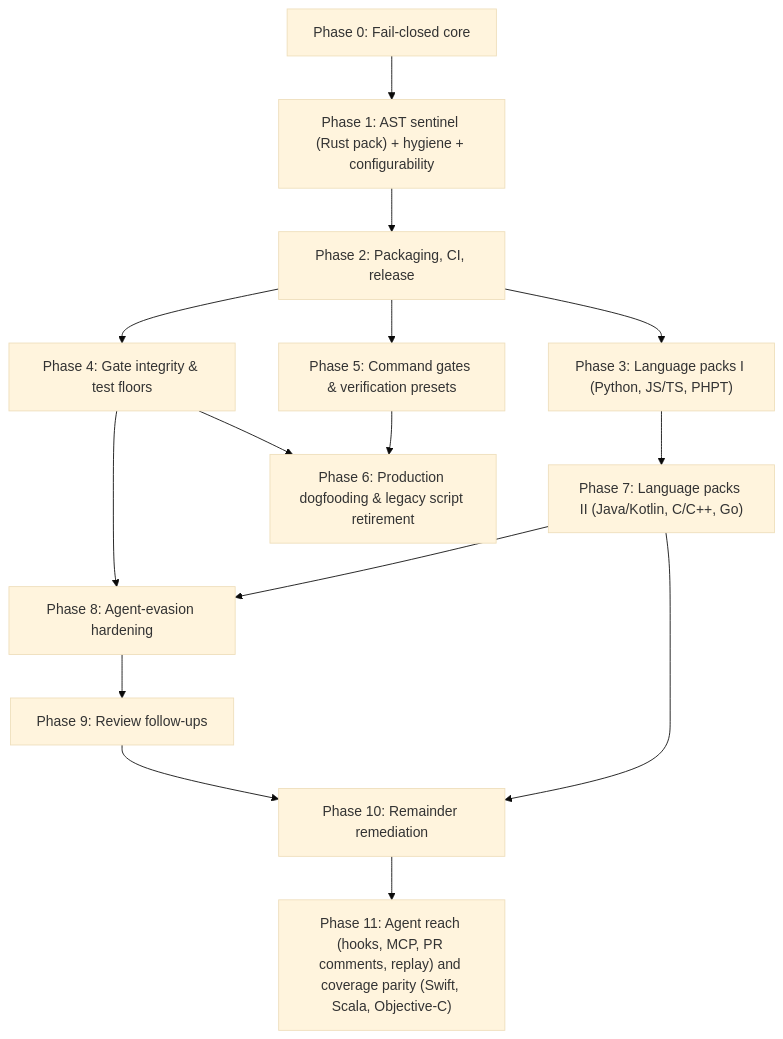
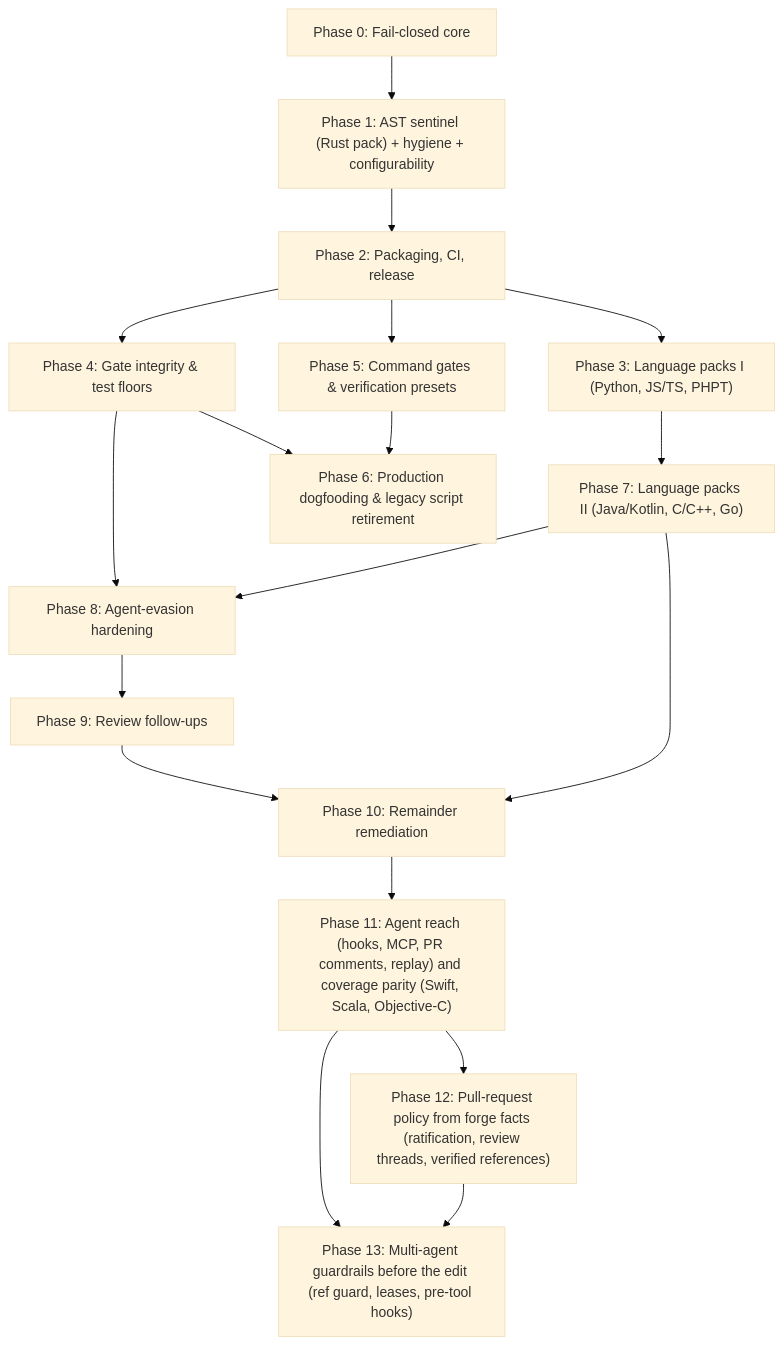
Before and after one commit to orieg/discipline: the diagram in docs/ROADMAP.md, drawn with Mermaid (base theme). The commit also changed other lines of this file, not shown here.

First line of the commit message:
docs(roadmap): add Phase 13, multi-agent guardrails before the edit

````diff
--- a/docs/ROADMAP.md
+++ b/docs/ROADMAP.md
@@ -17,17 +17,20 @@
 ```mermaid
 flowchart TD
     P0["Phase 0: Fail-closed core"] --> P1["Phase 1: AST sentinel (Rust pack) + hygiene + configurability"]
     P1 --> P2["Phase 2: Packaging, CI, release"]
     P2 --> P3["Phase 3: Language packs I (Python, JS/TS, PHPT)"]
     P2 --> P4["Phase 4: Gate integrity & test floors"]
     P2 --> P5["Phase 5: Command gates & verification presets"]
     P3 --> P7["Phase 7: Language packs II (Java/Kotlin, C/C++, Go)"]
     P4 --> P6["Phase 6: Production dogfooding & legacy script retirement"]
     P5 --> P6
     P4 --> P8["Phase 8: Agent-evasion hardening"]
     P8 --> P9["Phase 9: Review follow-ups"]
     P9 --> P10["Phase 10: Remainder remediation"]
     P7 --> P10
     P10 --> P11["Phase 11: Agent reach (hooks, MCP, PR comments, replay) and coverage parity (Swift, Scala, Objective-C)"]
     P7 --> P8
+    P11 --> P12["Phase 12: Pull-request policy from forge facts (ratification, review threads, verified references)"]
+    P11 --> P13["Phase 13: Multi-agent guardrails before the edit (ref guard, leases, pre-tool hooks)"]
+    P12 --> P13
 ```
````
